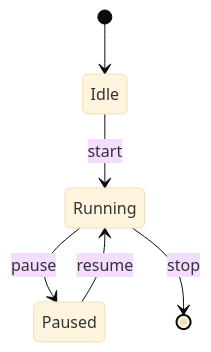
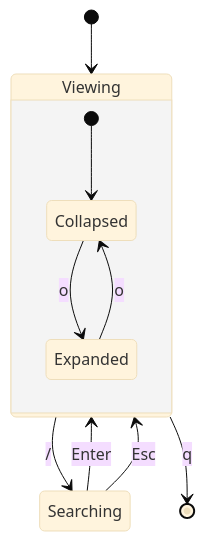
The sixth of 14 diagrams in examples/architecture.md (hodorii/dg), drawn with Mermaid (base theme) before and after one commit. The commit also changed other lines of this file and 22 other files, not shown here.

First line of the commit message:
mermaid 다이어그램 7종(gitGraph·block-beta·pie·xychart-beta·quadrantChart·gantt)과 PlantUML @startgantt 지원, 공통 차트 렌더링 기반(layout::chart) 추가

````diff
--- a/examples/architecture.md
+++ b/examples/architecture.md
@@ -115,8 +230,13 @@
 ```mermaid
 stateDiagram-v2
-  [*] --> Idle
-  Idle --> Running : start
-  Running --> Paused : pause
-  Paused --> Running : resume
-  Running --> [*] : stop
+  [*] --> Viewing
+  state Viewing {
+    [*] --> Collapsed
+    Collapsed --> Expanded : o
+    Expanded --> Collapsed : o
+  }
+  Viewing --> Searching : /
+  Searching --> Viewing : Enter
+  Searching --> Viewing : Esc
+  Viewing --> [*] : q
 ```
````
